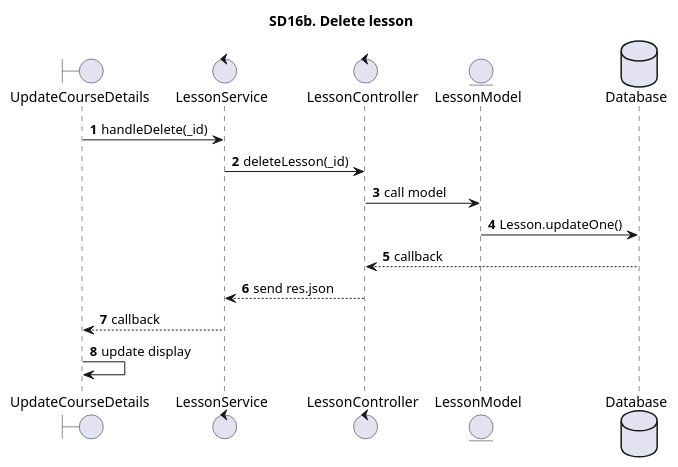
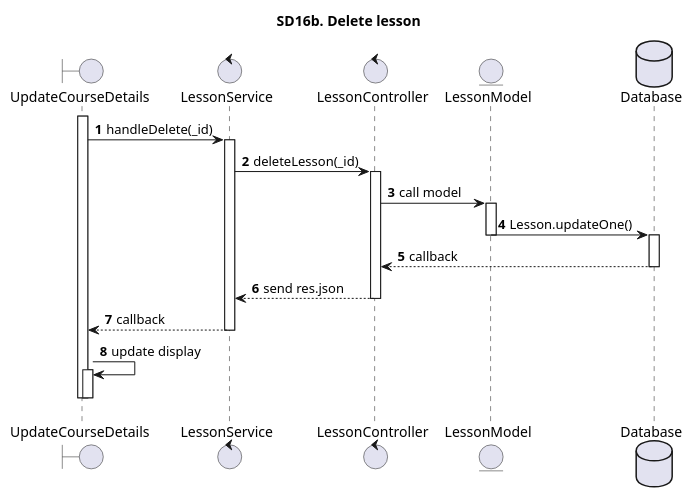
The diagram in SequenceDiagrams/CNPMHDT/New/sd16b.puml (The-Cookies-Team/UML-Diagrams), drawn with PlantUML before and after one commit. The commit also changed 12 other files, not shown here.

```diff
--- a/SequenceDiagrams/CNPMHDT/New/sd16b.puml
+++ b/SequenceDiagrams/CNPMHDT/New/sd16b.puml
@@ -1,22 +1,33 @@
 @startuml SQ
 
 autonumber
 
 title SD16b. Delete lesson
 
 boundary "UpdateCourseDetails"
 control "LessonService"
 control "LessonController"
 entity "LessonModel"
 database "Database" as Database
-
+activate UpdateCourseDetails
 UpdateCourseDetails -> LessonService: handleDelete(_id)
+activate LessonService
 LessonService -> LessonController: deleteLesson(_id)
+activate LessonController
 LessonController -> LessonModel: call model
+activate LessonModel
 LessonModel -> Database: Lesson.updateOne()
+deactivate LessonModel
+activate Database
 Database --> LessonController: callback
+deactivate Database
 LessonController --> LessonService: send res.json
+deactivate LessonController
 LessonService --> UpdateCourseDetails: callback
+deactivate LessonService
 UpdateCourseDetails -> UpdateCourseDetails: update display
+activate UpdateCourseDetails
+deactivate UpdateCourseDetails
+deactivate UpdateCourseDetails
 
 @enduml
```
